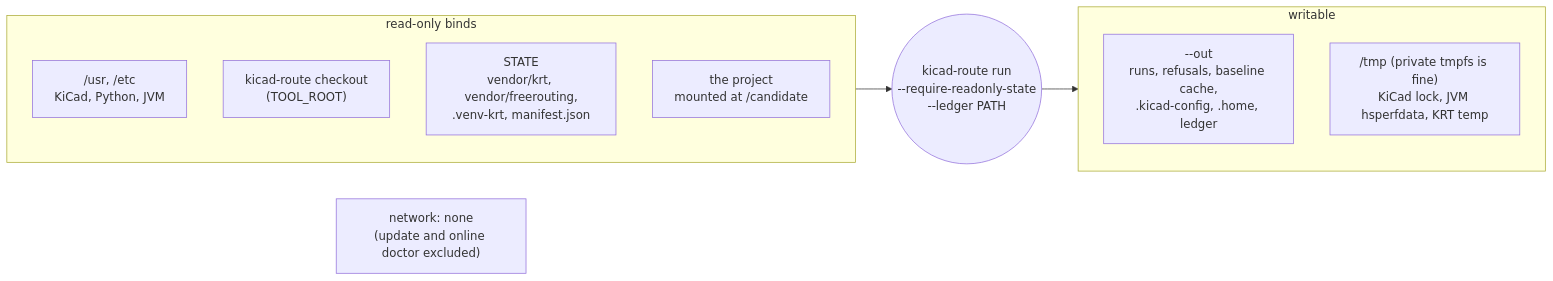
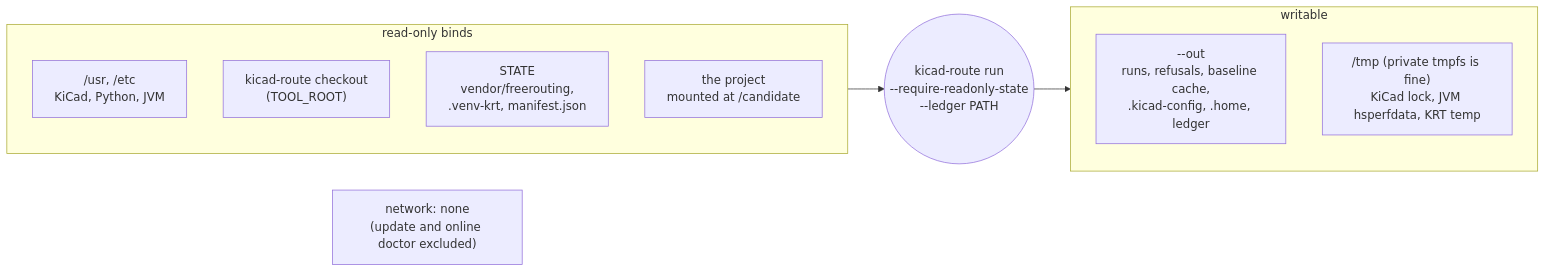
One commit to halbritt/kicad-route changed the third of 4 diagrams in docs/guide/automation.md. Above: the diagram before and after it, drawn with Mermaid. The commit also changed 273 other files, not shown here.

````diff
--- a/docs/guide/automation.md
+++ b/docs/guide/automation.md
@@ -118,15 +118,15 @@
 ```mermaid
 flowchart LR
     subgraph ro["read-only binds"]
         USR["/usr, /etc<br/>KiCad, Python, JVM"]
         TOOL["kicad-route checkout<br/>(TOOL_ROOT)"]
-        STATE["STATE<br/>vendor/krt, vendor/freerouting,<br/>.venv-krt, manifest.json"]
+        STATE["STATE<br/>vendor/freerouting,<br/>.venv-krt, manifest.json"]
         PROJ["the project<br/>mounted at /candidate"]
     end
     subgraph rw["writable"]
         OUT["--out<br/>runs, refusals, baseline cache,<br/>.kicad-config, .home, ledger"]
         TMP["/tmp (private tmpfs is fine)<br/>KiCad lock, JVM hsperfdata, KRT temp"]
     end
     NET["network: none<br/>(update and online doctor excluded)"]
     ro --> K(("kicad-route run<br/>--require-readonly-state<br/>--ledger PATH")) --> rw
 ```
````
